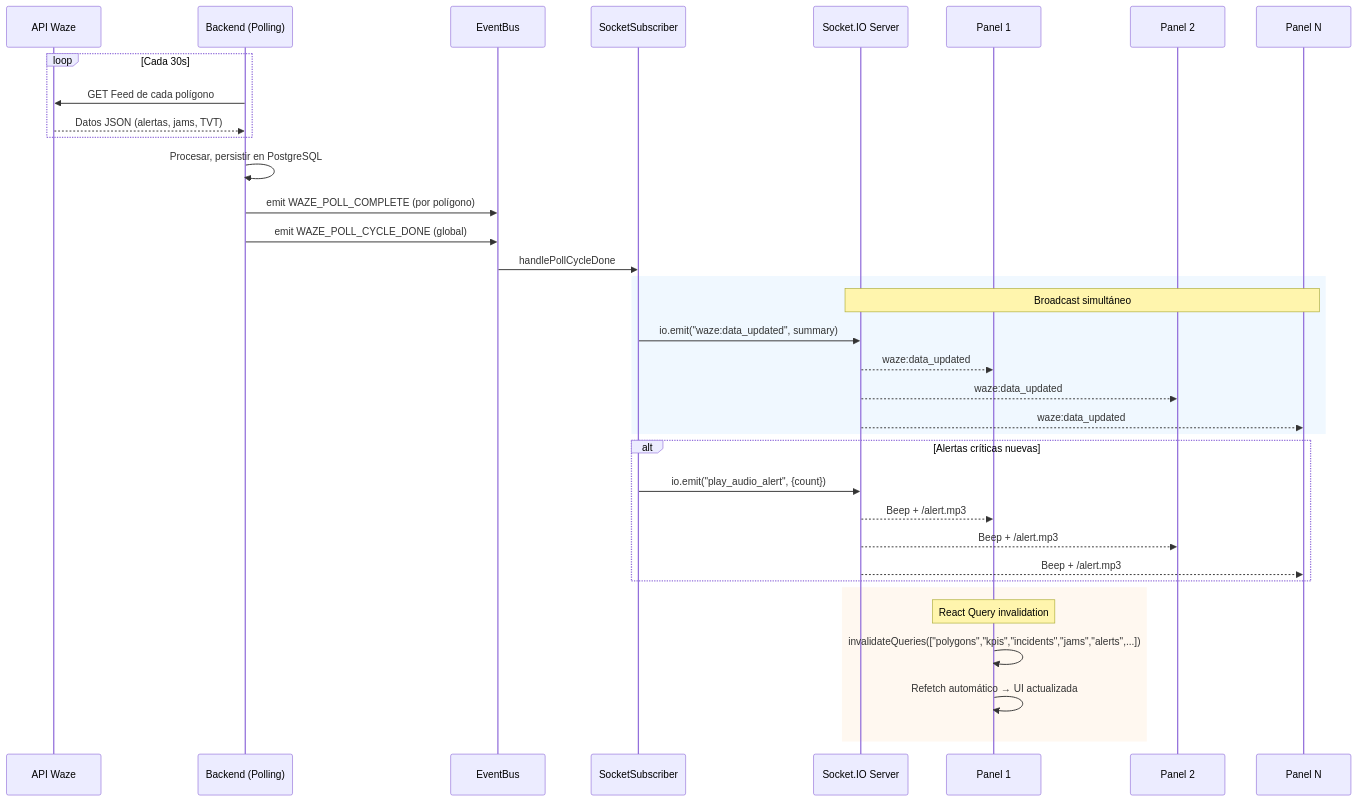
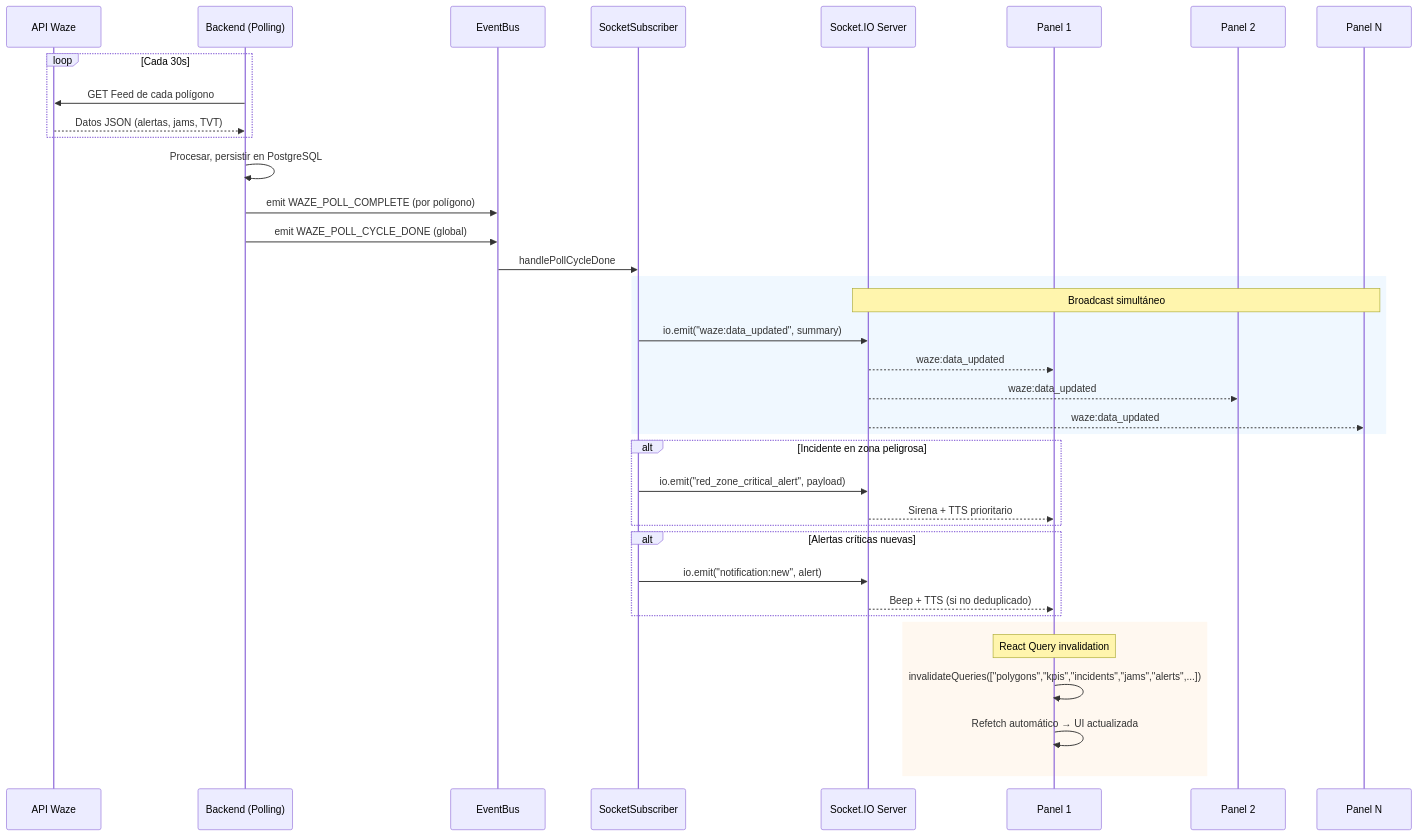
The third of 4 diagrams in docs/ARCHITECTURE.md (jgaliano0806/Panel-Ejecutivo-Pol-gonos-Waze-Monitoreados), drawn with Mermaid before and after one commit. The commit also changed other lines of this file and 57 other files, not shown here.

````diff
--- a/docs/ARCHITECTURE.md
+++ b/docs/ARCHITECTURE.md
@@ -262,42 +258,45 @@
 ```mermaid
 sequenceDiagram
     participant W as API Waze
     participant S as Backend (Polling)
     participant EB as EventBus
     participant SS as SocketSubscriber
     participant WS as Socket.IO Server
     participant F1 as Panel 1
     participant F2 as Panel 2
     participant Fn as Panel N
 
     loop Cada 30s
         S->>W: GET Feed de cada polígono
         W-->>S: Datos JSON (alertas, jams, TVT)
     end
 
     S->>S: Procesar, persistir en PostgreSQL
     S->>EB: emit WAZE_POLL_COMPLETE (por polígono)
     S->>EB: emit WAZE_POLL_CYCLE_DONE (global)
     EB->>SS: handlePollCycleDone
 
     rect rgb(240, 248, 255)
         note over WS, Fn: Broadcast simultáneo
         SS->>WS: io.emit("waze:data_updated", summary)
         WS-->>F1: waze:data_updated
         WS-->>F2: waze:data_updated
         WS-->>Fn: waze:data_updated
     end
 
+    alt Incidente en zona peligrosa
+        SS->>WS: io.emit("red_zone_critical_alert", payload)
+        WS-->>F1: Sirena + TTS prioritario
+    end
+
     alt Alertas críticas nuevas
-        SS->>WS: io.emit("play_audio_alert", {count})
-        WS-->>F1: Beep + /alert.mp3
-        WS-->>F2: Beep + /alert.mp3
-        WS-->>Fn: Beep + /alert.mp3
+        SS->>WS: io.emit("notification:new", alert)
+        WS-->>F1: Beep + TTS (si no deduplicado)
     end
 
     rect rgb(255, 248, 240)
         note over F1: React Query invalidation
         F1->>F1: invalidateQueries(["polygons","kpis","incidents","jams","alerts",...])
         F1->>F1: Refetch automático → UI actualizada
     end
 ```
````
